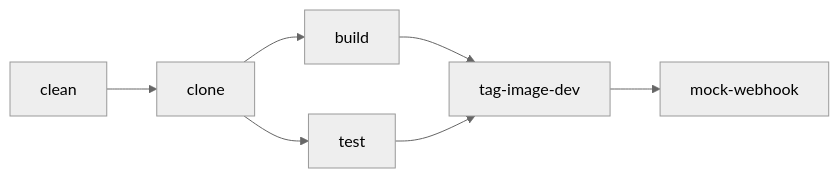
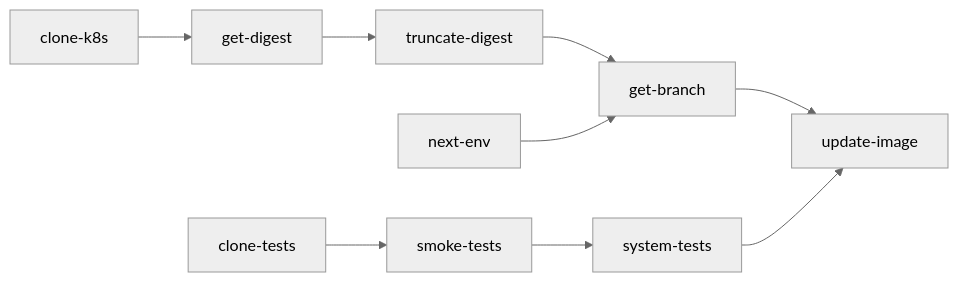
Before and after one commit to rh-hcas-emea/demo-gitops-cicd: the first of 3 diagrams in cicd/pipelines/README.md, drawn with Mermaid (neutral theme). The commit also changed other lines of this file and 3 other files, not shown here.

````diff
--- a/cicd/pipelines/README.md
+++ b/cicd/pipelines/README.md
@@ -7,9 +14,11 @@
 ```mermaid
 flowchart LR
-    clean-->clone
-    clone-->test
-    clone-->build
-    build-->tag-image-dev
-    test-->tag-image-dev
-    tag-image-dev-->mock-webhook
+    clone-tests-->smoke-tests
+    smoke-tests-->system-tests
+    clone-k8s-->get-digest
+    get-digest-->truncate-digest
+    truncate-digest-->get-branch
+    next-env-->get-branch
+    get-branch-->update-image
+    system-tests-->update-image
 ```
````
